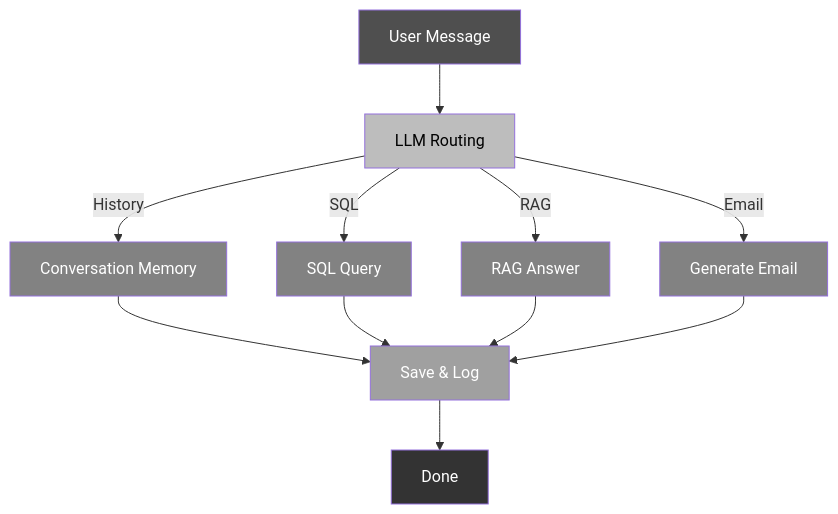
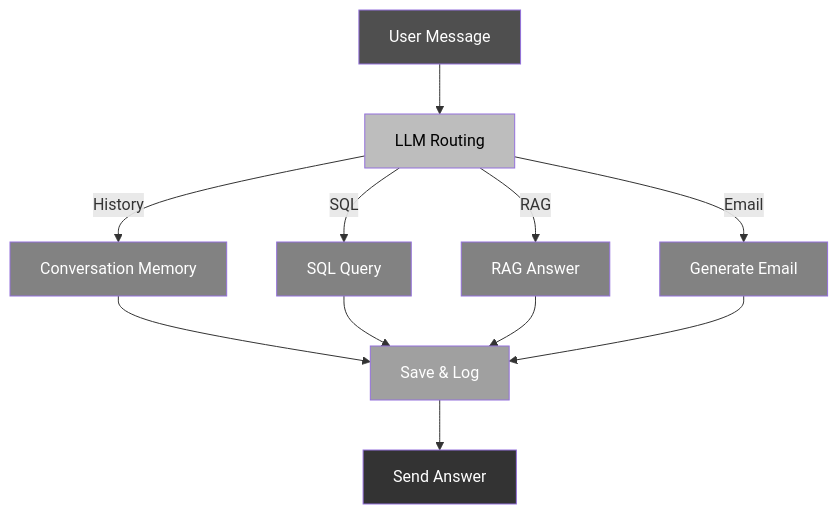
One commit to Bek0/AI-Telegram-Bot changed the second of 2 diagrams in README.md. Above: the diagram before and after it, drawn with Mermaid.

````diff
--- a/README.md
+++ b/README.md
@@ -71,27 +71,27 @@
 ```mermaid
 graph TD
     Start["User Message"] --> Route["LLM Routing"]
 
     Route -->|History| FromHistory["Conversation Memory"]
     Route -->|SQL| FromSQL["SQL Query"]
     Route -->|RAG| FromRAG["RAG Answer"]
     Route -->|Email| FromEmail["Generate Email"]
 
     FromHistory --> Save["Save & Log"]
     FromSQL --> Save
     FromRAG --> Save
     FromEmail --> Save
 
-    Save --> End["Done"]
+    Save --> End["Send Answer"]
 
     %% Styling
     style Start fill:#4F4F4F,color:#fff
     style Route fill:#BDBDBD,color:#000
     style FromHistory fill:#828282,color:#fff
     style FromSQL fill:#828282,color:#fff
     style FromRAG fill:#828282,color:#fff
     style FromEmail fill:#828282,color:#fff
     style Save fill:#A0A0A0,color:#fff
     style End fill:#333333,color:#fff
 
 ```
````
